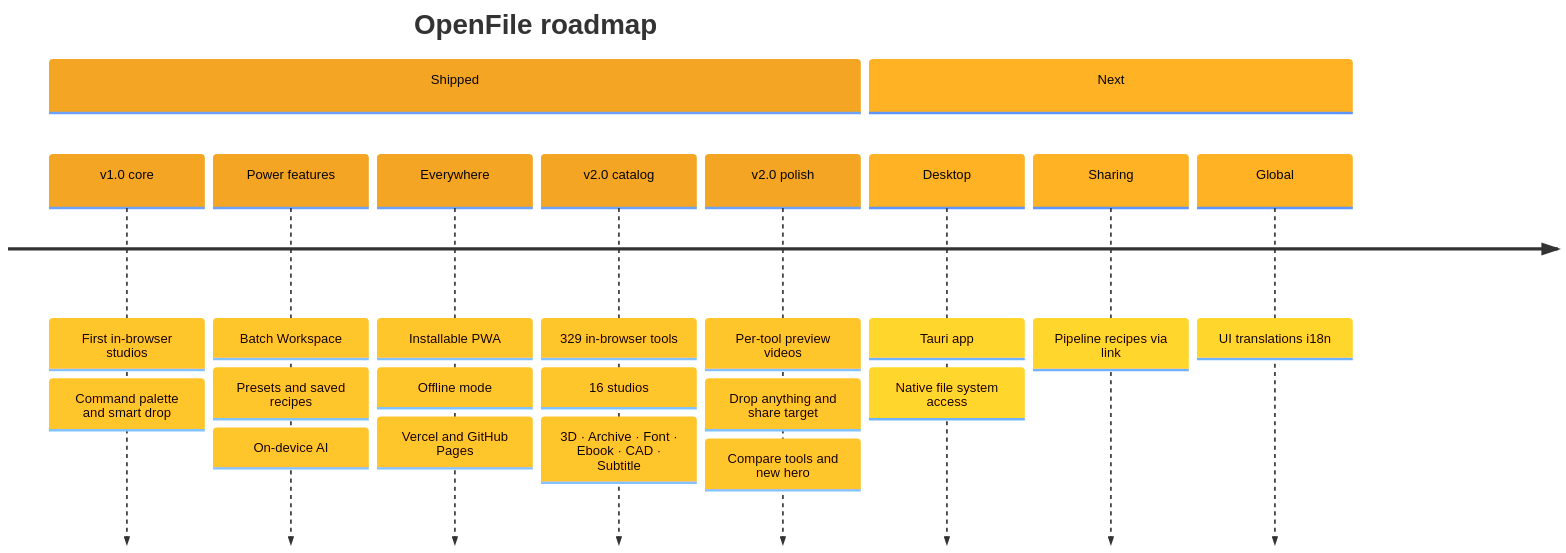
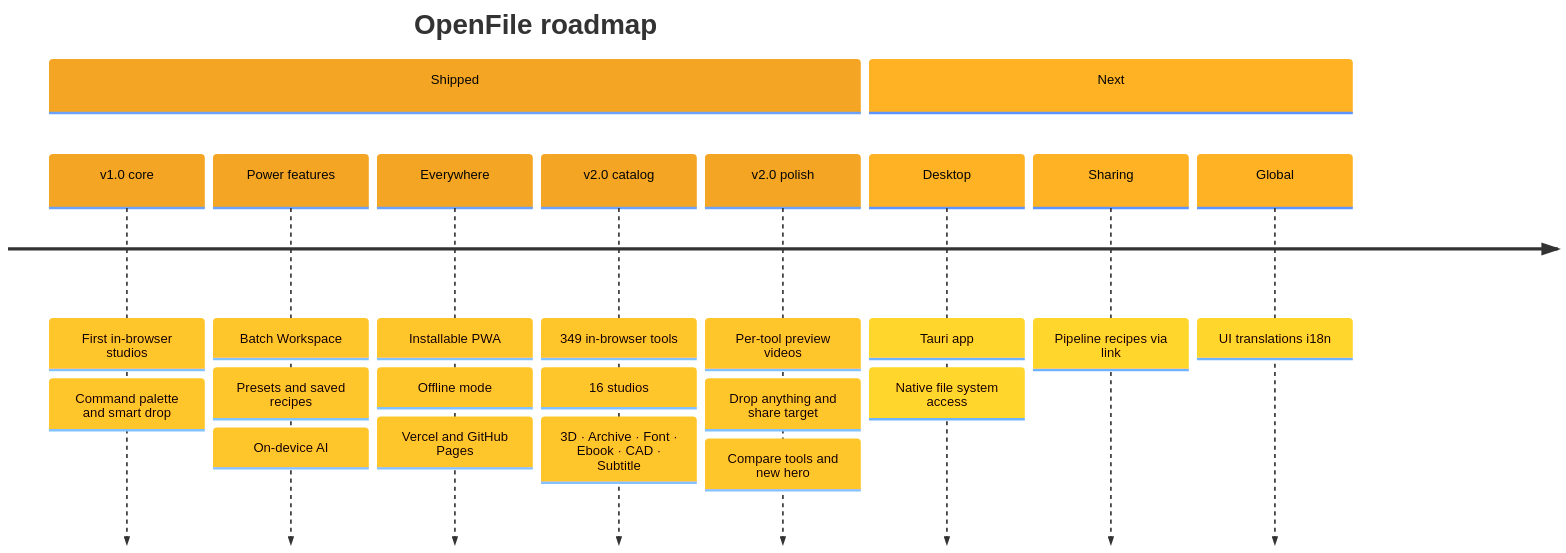
Before and after one commit to aniruddhaadak80/OpenFile: the eighth of 8 diagrams in README.md, drawn with Mermaid. The commit also changed other lines of this file and 37 other files, not shown here.

````diff
--- a/README.md
+++ b/README.md
@@ -1177,15 +1197,15 @@
 ```mermaid
 %%{init: {'theme':'base','themeVariables':{'fontFamily':'system-ui, sans-serif','cScale0':'#F5A524','cScaleLabel0':'#050505','cScale1':'#FFB224','cScaleLabel1':'#050505','cScale2':'#14B8A6','cScaleLabel2':'#050505','cScale3':'#22D3EE','cScaleLabel3':'#050505','cScale4':'#10B981','cScaleLabel4':'#050505','cScale5':'#38BDF8','cScaleLabel5':'#050505','cScale6':'#FCD34D','cScaleLabel6':'#050505','cScale7':'#5EEAD4','cScaleLabel7':'#050505'}}}%%
 timeline
     title OpenFile roadmap
     section Shipped
         v1.0 core : First in-browser studios : Command palette and smart drop
         Power features : Batch Workspace : Presets and saved recipes : On-device AI
         Everywhere : Installable PWA : Offline mode : Vercel and GitHub Pages
-        v2.0 catalog : 329 in-browser tools : 16 studios : 3D · Archive · Font · Ebook · CAD · Subtitle
+        v2.0 catalog : 349 in-browser tools : 16 studios : 3D · Archive · Font · Ebook · CAD · Subtitle
         v2.0 polish : Per-tool preview videos : Drop anything and share target : Compare tools and new hero
     section Next
         Desktop : Tauri app : Native file system access
         Sharing : Pipeline recipes via link
         Global : UI translations i18n
 ```
````
